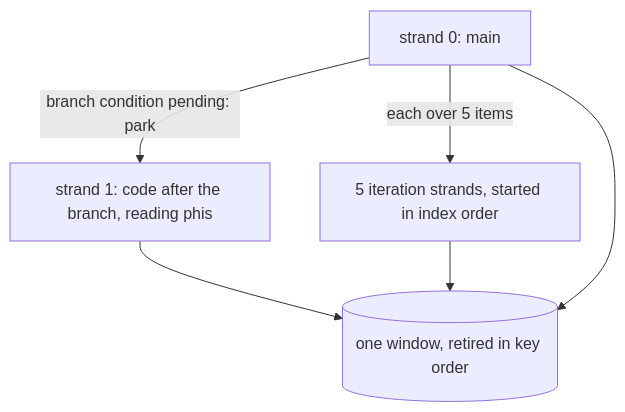
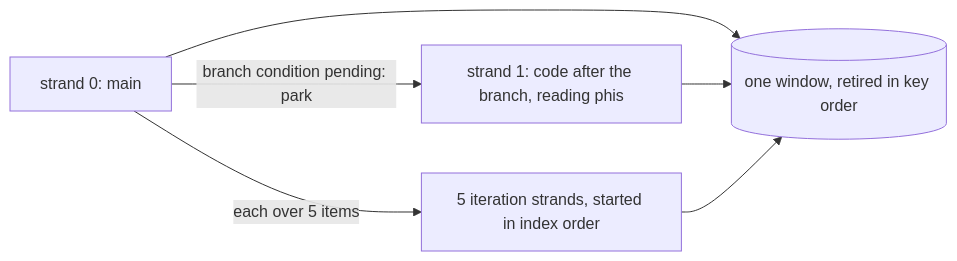
One commit to KohakuBlueleaf/Togeari changed the fourth of 8 diagrams in README.md. Above: the diagram before and after it, drawn with Mermaid. The commit also changed other lines of this file and 2 other files, not shown here.

First line of the commit message:
docs: README with when to use it, concepts, horizontal diagrams, a call sequence and plots

````diff
--- a/README.md
+++ b/README.md
@@ -370,8 +422,8 @@
 ```mermaid
-flowchart TB
+flowchart LR
     s0["strand 0: main"] -->|"branch condition pending: park"| s1["strand 1: code after the branch, reading phis"]
     s0 -->|"each over 5 items"| it["5 iteration strands, started in index order"]
-    s1 --> win[("one window, retired in key order")]
+    s0 --> win[("one window, retired in key order")]
+    s1 --> win
     it --> win
-    s0 --> win
 ```
````
